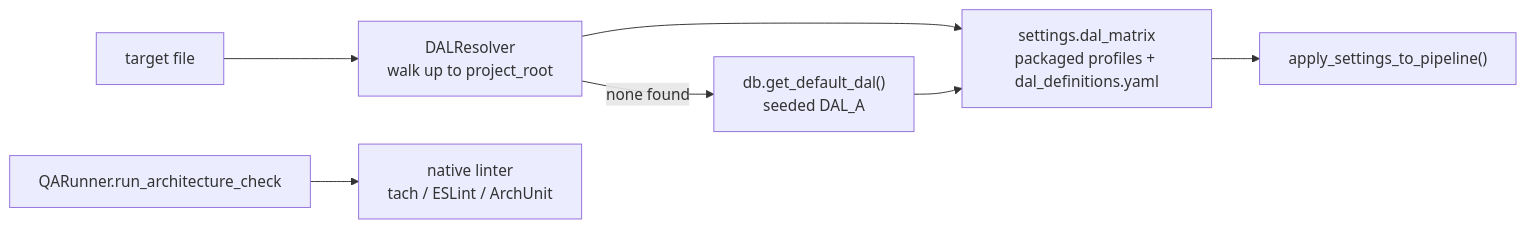
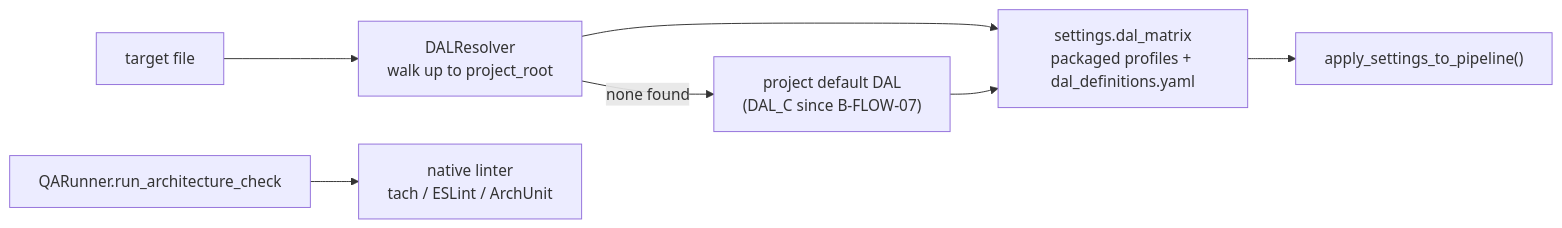
The diagram in docs/roadmap/features/topic_05_validation/C-VAL-03/C-VAL-03_design.md (sbula/specweaver), drawn with Mermaid before and after one commit. The commit also changed 19 other files, not shown here.

First line of the commit message:
fix(B-FLOW-07): review findings — zero limits, the DAL move, outcomes, messages, REST runs

````diff
--- a/docs/roadmap/features/topic_05_validation/C-VAL-03/C-VAL-03_design.md
+++ b/docs/roadmap/features/topic_05_validation/C-VAL-03/C-VAL-03_design.md
@@ -24,9 +24,9 @@
 ```mermaid
 graph LR
     T["target file"] --> R["DALResolver<br/>walk up to project_root"]
-    R -->|"none found"| D["db.get_default_dal()<br/>seeded DAL_A"]
+    R -->|"none found"| D["project default DAL<br/>(DAL_C since B-FLOW-07)"]
     R --> M["settings.dal_matrix<br/>packaged profiles + dal_definitions.yaml"]
     D --> M
     M --> P["apply_settings_to_pipeline()"]
     Q["QARunner.run_architecture_check"] --> L["native linter<br/>tach / ESLint / ArchUnit"]
 ```
````
